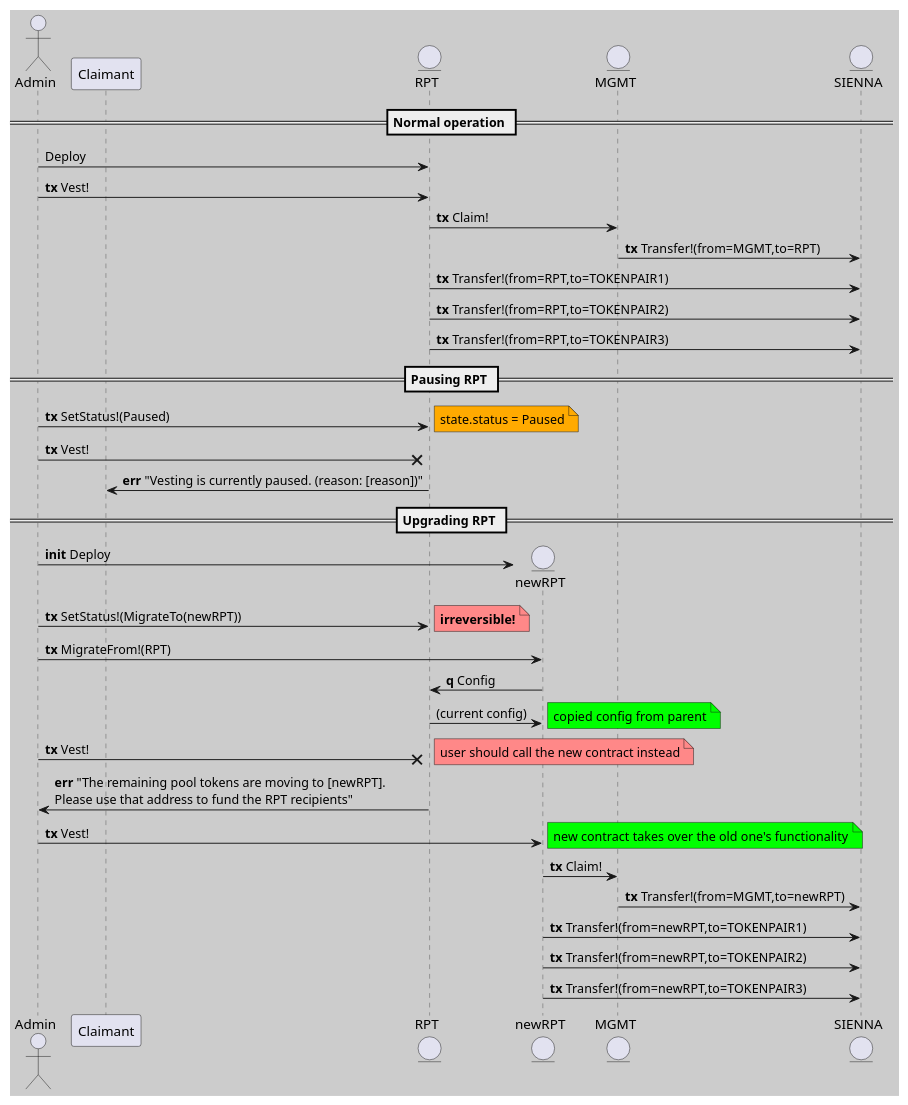
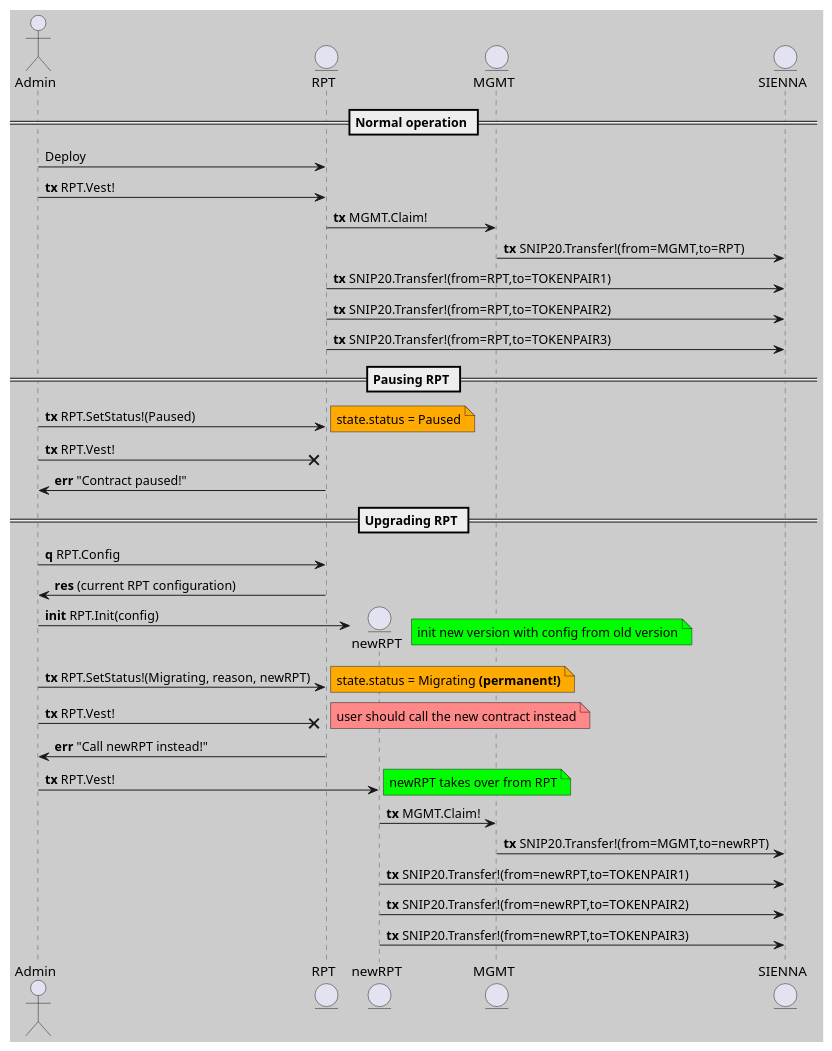
Before and after one commit to SiennaNetwork/SiennaNetwork: the diagram in docs/05_migrate_rpt.pu, drawn with PlantUML. The commit also changed 3 other files, not shown here.

```diff
--- a/docs/05_migrate_rpt.pu
+++ b/docs/05_migrate_rpt.pu
@@ -1,41 +1,43 @@
 @startuml
 skinparam backgroundColor #ccc
 skinparam sequence.LifeLineBorderColor #555
 actor Admin order 0
 entity RPT order 1
 entity MGMT order 2
 entity SIENNA order 3
+
 == Normal operation ==
 Admin -> RPT : Deploy
-Admin -> RPT : **tx** Vest!
-RPT -> MGMT : **tx** Claim!
-MGMT -> SIENNA : **tx** Transfer!(from=MGMT,to=RPT)
-RPT -> SIENNA : **tx** Transfer!(from=RPT,to=TOKENPAIR1)
-RPT -> SIENNA : **tx** Transfer!(from=RPT,to=TOKENPAIR2)
-RPT -> SIENNA : **tx** Transfer!(from=RPT,to=TOKENPAIR3)
+Admin -> RPT : **tx** RPT.Vest!
+RPT -> MGMT : **tx** MGMT.Claim!
+MGMT -> SIENNA : **tx** SNIP20.Transfer!(from=MGMT,to=RPT)
+RPT -> SIENNA : **tx** SNIP20.Transfer!(from=RPT,to=TOKENPAIR1)
+RPT -> SIENNA : **tx** SNIP20.Transfer!(from=RPT,to=TOKENPAIR2)
+RPT -> SIENNA : **tx** SNIP20.Transfer!(from=RPT,to=TOKENPAIR3)
+
 == Pausing RPT ==
-Admin -> RPT : **tx** SetStatus!(Paused)
+Admin -> RPT : **tx** RPT.SetStatus!(Paused)
 note right #ffaa00: state.status = Paused
-Admin -x RPT : **tx** Vest!
-RPT -> Claimant : **err** "Vesting is currently paused. (reason: [reason])"
+Admin -x RPT : **tx** RPT.Vest!
+RPT -> Admin : **err** "Contract paused!"
+
+== Upgrading RPT ==
+Admin -> RPT : **q** RPT.Config
+RPT -> Admin : **res** (current RPT configuration)
 create entity newRPT order 1
-== Upgrading RPT ==
-Admin -> newRPT : **init** Deploy
-Admin -> RPT : **tx** SetStatus!(MigrateTo(newRPT))
-note right #ff8888: **irreversible!**
-Admin -> newRPT : **tx** MigrateFrom!(RPT)
-newRPT -> RPT : **q** Config
-RPT -> newRPT : (current config)
-note right #00ff00: copied config from parent
-Admin -x RPT : **tx** Vest!
+Admin -> newRPT : **init** RPT.Init(config)
+note right #00ff00: init new version with config from old version
+Admin -> RPT : **tx** RPT.SetStatus!(Migrating, reason, newRPT)
+note right #ffaa00: state.status = Migrating **(permanent!)**
+Admin -x RPT : **tx** RPT.Vest!
 note right #ff8888: user should call the new contract instead
-RPT -> Admin : **err** "The remaining pool tokens are moving to [newRPT].\nPlease use that address to fund the RPT recipients"
-Admin -> newRPT : **tx** Vest!
-note right #00ff00: new contract takes over the old one's functionality
-newRPT -> MGMT : **tx** Claim!
-MGMT -> SIENNA : **tx** Transfer!(from=MGMT,to=newRPT)
-newRPT -> SIENNA : **tx** Transfer!(from=newRPT,to=TOKENPAIR1)
-newRPT -> SIENNA : **tx** Transfer!(from=newRPT,to=TOKENPAIR2)
-newRPT -> SIENNA : **tx** Transfer!(from=newRPT,to=TOKENPAIR3)
+RPT -> Admin : **err** "Call newRPT instead!"
+Admin -> newRPT : **tx** RPT.Vest!
+note right #00ff00: newRPT takes over from RPT
+newRPT -> MGMT : **tx** MGMT.Claim!
+MGMT -> SIENNA : **tx** SNIP20.Transfer!(from=MGMT,to=newRPT)
+newRPT -> SIENNA : **tx** SNIP20.Transfer!(from=newRPT,to=TOKENPAIR1)
+newRPT -> SIENNA : **tx** SNIP20.Transfer!(from=newRPT,to=TOKENPAIR2)
+newRPT -> SIENNA : **tx** SNIP20.Transfer!(from=newRPT,to=TOKENPAIR3)
 
 @enduml
```
